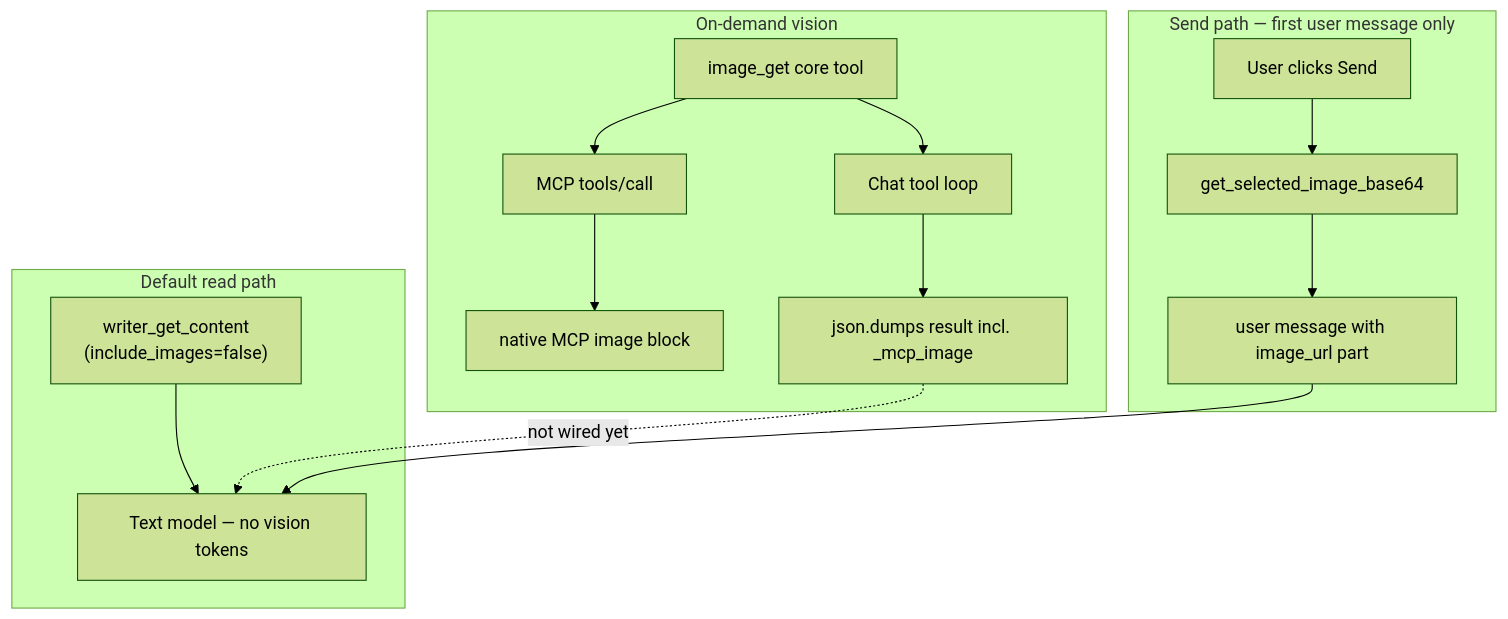
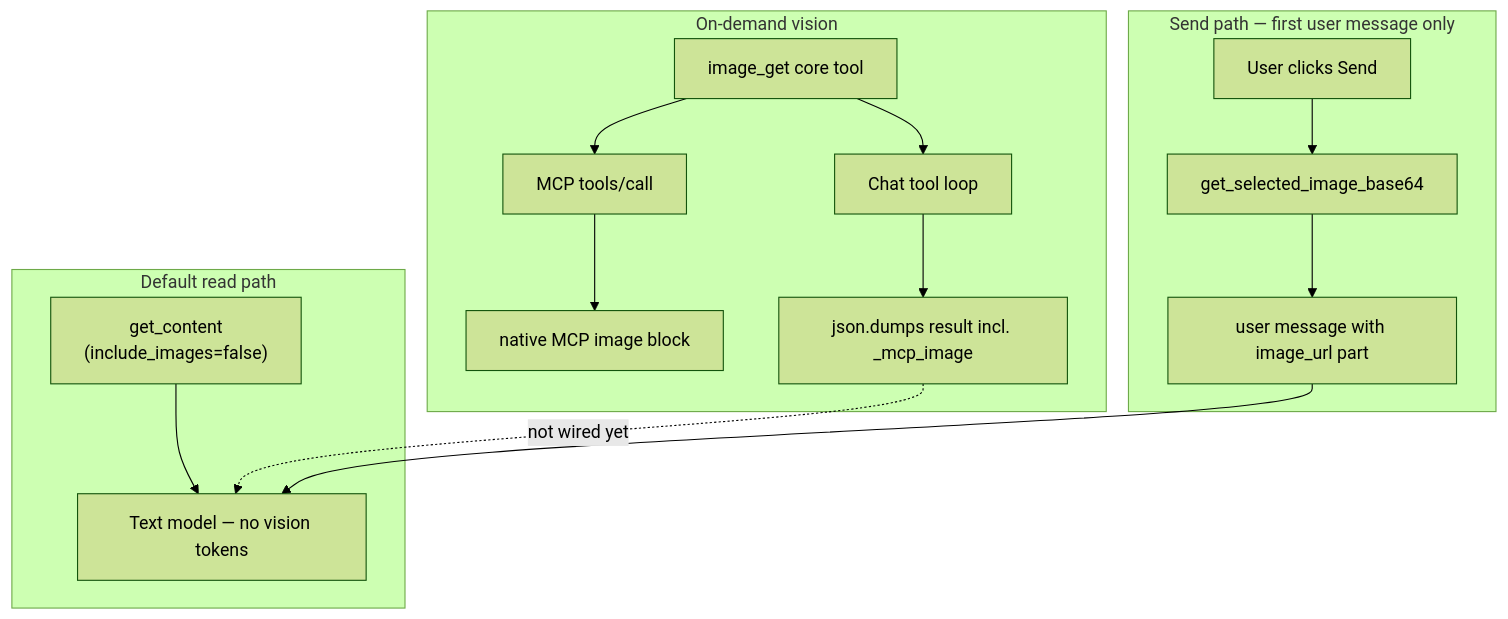
One commit to KeithCu/writeragent changed the diagram in docs/images/recognition-multimodal-LLMs.md. Above: the diagram before and after it, drawn with Mermaid (forest theme). The commit also changed other lines of this file and 245 other files, not shown here.

````diff
--- a/docs/images/recognition-multimodal-LLMs.md
+++ b/docs/images/recognition-multimodal-LLMs.md
@@ -15,21 +15,21 @@
 ```mermaid
 flowchart TB
   subgraph lazy [Default read path]
-    GDC["writer_get_content<br/>(include_images=false)"]
+    GDC["get_content<br/>(include_images=false)"]
     GDC --> TextModel[Text model — no vision tokens]
   end
   subgraph ondemand [On-demand vision]
     GI[image_get core tool]
     GI --> MCP[MCP tools/call]
     MCP --> ImageBlock["native MCP image block"]
     GI --> Chat[Chat tool loop]
     Chat --> JSON["json.dumps result incl. _mcp_image"]
   end
   JSON -.->|"not wired yet"| TextModel
   subgraph send [Send path — first user message only]
     Send[User clicks Send]
     Send --> SelImg["get_selected_image_base64"]
     SelImg --> UserMsg["user message with image_url part"]
     UserMsg --> TextModel
   end
 ```
````
